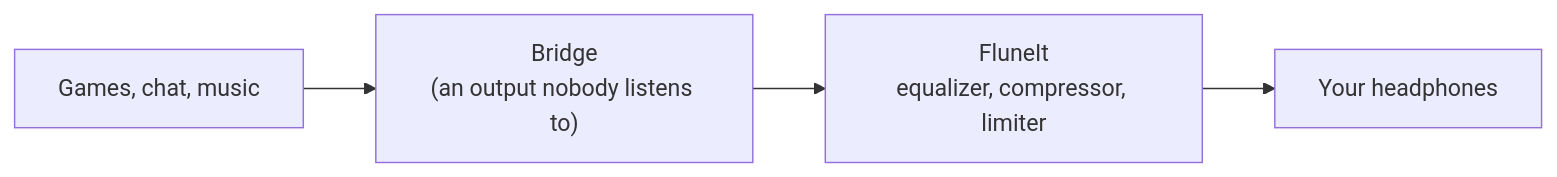
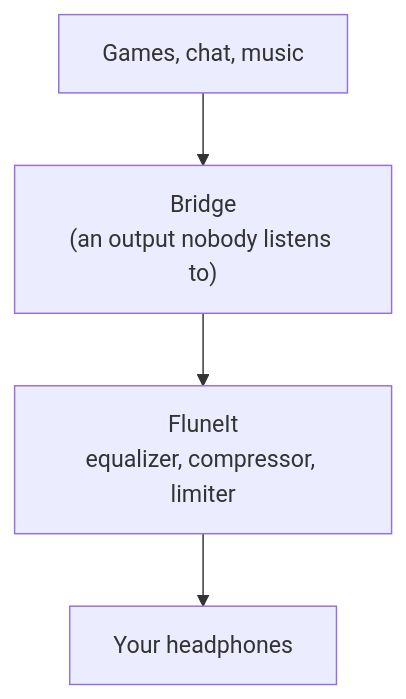
The diagram in README.md (FynnXland/FluneIt), drawn with Mermaid before and after one commit. The commit also changed other lines of this file and 1 other file, not shown here.

Commit message:
Show the tests badge and draw the diagram top to bottom
The first CI run on main passed, so the README can show its badge. The
left-to-right diagram ran under GitHub's zoom buttons, which hid the last
box; top to bottom keeps every box readable.

````diff
--- a/README.md
+++ b/README.md
@@ -41,6 +42,6 @@
 ```mermaid
-flowchart LR
+flowchart TB
     A["Games, chat, music"] --> B["Bridge<br/>(an output nobody listens to)"]
     B --> C["FluneIt<br/>equalizer, compressor, limiter"]
     C --> D["Your headphones"]
 ```
````
